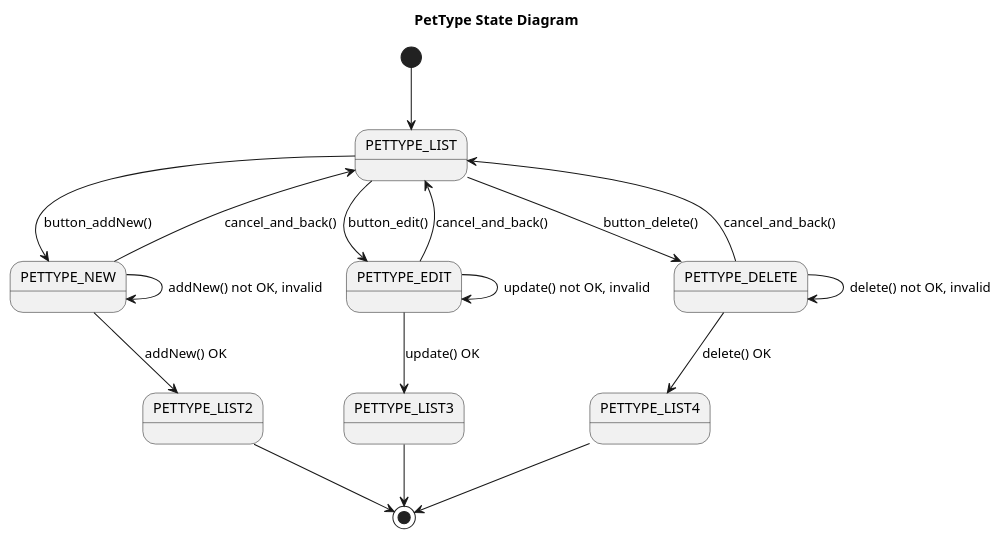
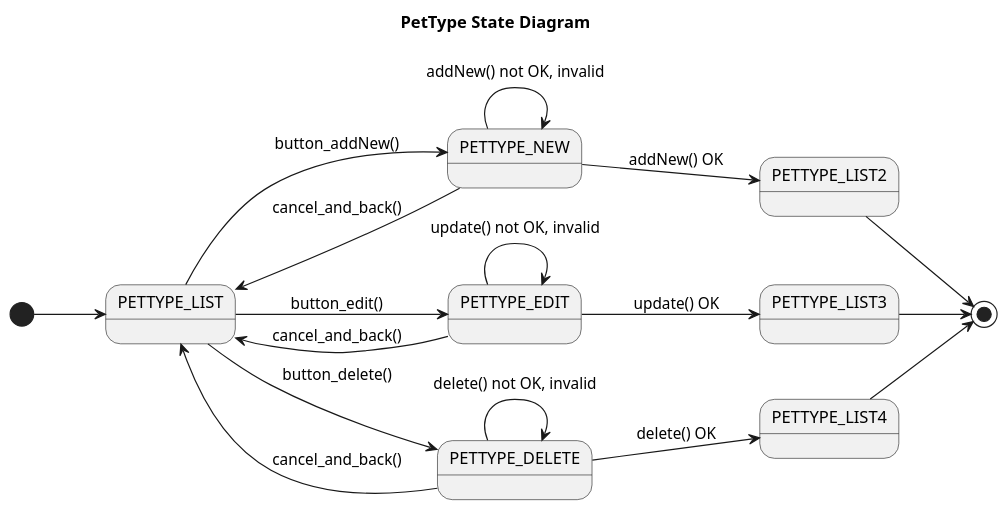
The diagram in puml/pettype/PetType__StateEngine.puml (Jakarta-EE-Petclinic/petclinic-uml), drawn with PlantUML before and after one commit.

```diff
--- a/puml/pettype/PetType__StateEngine.puml
+++ b/puml/pettype/PetType__StateEngine.puml
@@ -1,42 +1,42 @@
 @startuml
 
 title PetType State Diagram
 'https://plantuml.com/state-diagram
 
-' left to right direction
-top to bottom direction
+left to right direction
+' top to bottom direction
 
 scale 1000 width
 
 [*] --> PETTYPE_LIST
 
 PETTYPE_LIST --> PETTYPE_NEW : button_addNew()
 PETTYPE_LIST --> PETTYPE_EDIT: button_edit()
 PETTYPE_LIST --> PETTYPE_DELETE: button_delete()
 
 PETTYPE_NEW --> PETTYPE_LIST: cancel_and_back()
 PETTYPE_NEW --> PETTYPE_LIST2: addNew() OK
 
 PETTYPE_EDIT --> PETTYPE_LIST: cancel_and_back()
 PETTYPE_EDIT --> PETTYPE_LIST3: update() OK
 
 PETTYPE_DELETE --> PETTYPE_LIST: cancel_and_back()
 PETTYPE_DELETE --> PETTYPE_LIST4: delete() OK
 
 PETTYPE_LIST2 --> [*]
 PETTYPE_LIST3 --> [*]
 PETTYPE_LIST4 --> [*]
 
 
 state PETTYPE_NEW {
     PETTYPE_NEW --> PETTYPE_NEW : addNew() not OK, invalid
 }
 state PETTYPE_EDIT {
     PETTYPE_EDIT --> PETTYPE_EDIT: update() not OK, invalid
 }
 state PETTYPE_DELETE {
     PETTYPE_DELETE --> PETTYPE_DELETE: delete() not OK, invalid
 }
 
 
 @enduml
```
